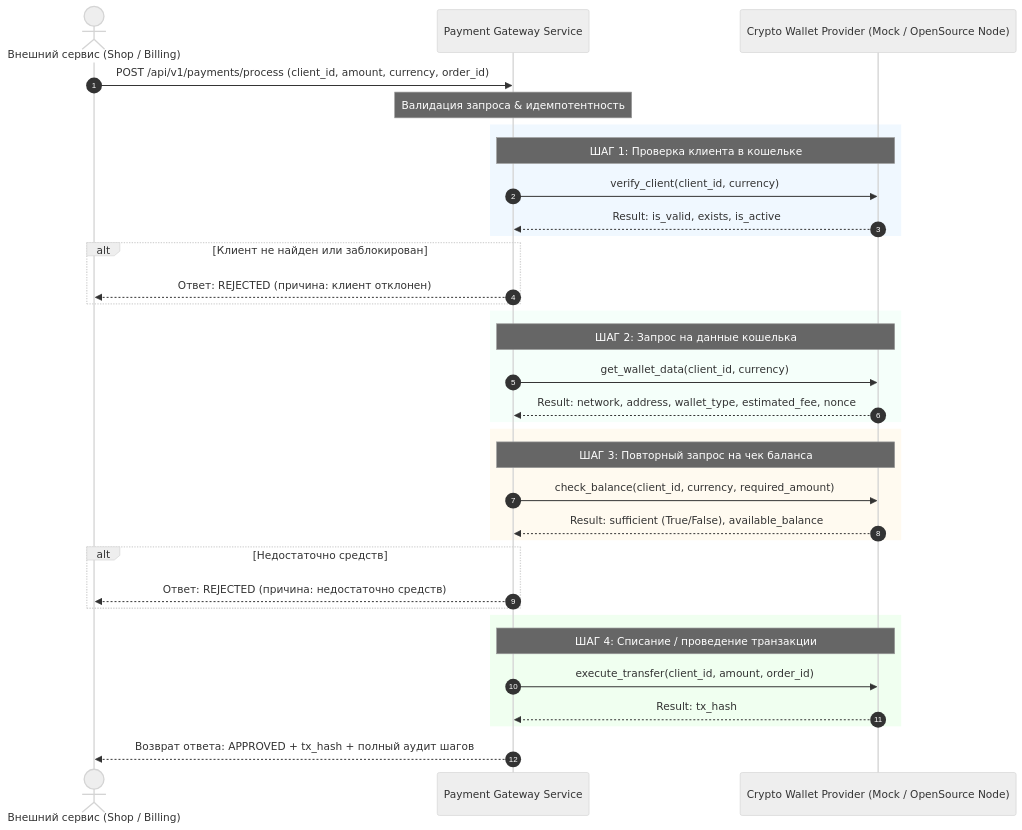
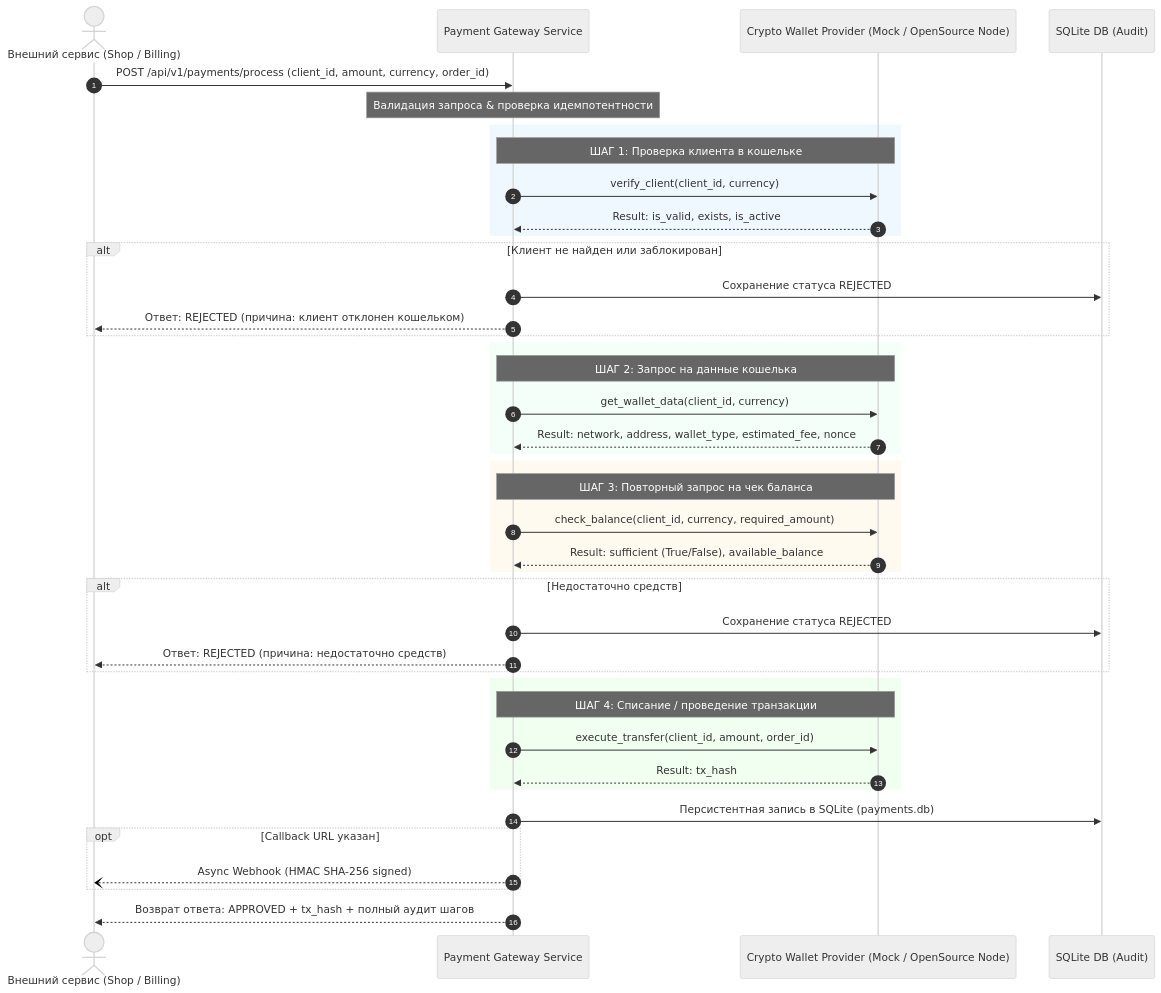
The diagram in README.md (naklida172/Adv_soft_mid), drawn with Mermaid (neutral theme) before and after one commit. The commit also changed other lines of this file and 4 other files, not shown here.

````diff
--- a/README.md
+++ b/README.md
@@ -11,44 +11,51 @@
 ```mermaid
 sequenceDiagram
     autonumber
     actor ExternalService as Внешний сервис (Shop / Billing)
     participant Gateway as Payment Gateway Service
     participant Wallet as Crypto Wallet Provider (Mock / OpenSource Node)
+    participant DB as SQLite DB (Audit)
 
     ExternalService->>Gateway: POST /api/v1/payments/process (client_id, amount, currency, order_id)
-    Note over Gateway: Валидация запроса & идемпотентность
+    Note over Gateway: Валидация запроса & проверка идемпотентности
     
     rect rgb(240, 248, 255)
         Note over Gateway,Wallet: ШАГ 1: Проверка клиента в кошельке
         Gateway->>Wallet: verify_client(client_id, currency)
         Wallet-->>Gateway: Result: is_valid, exists, is_active
     end
 
     alt Клиент не найден или заблокирован
-        Gateway-->>ExternalService: Ответ: REJECTED (причина: клиент отклонен)
+        Gateway->>DB: Сохранение статуса REJECTED
+        Gateway-->>ExternalService: Ответ: REJECTED (причина: клиент отклонен кошельком)
     end
 
     rect rgb(245, 255, 250)
         Note over Gateway,Wallet: ШАГ 2: Запрос на данные кошелька
         Gateway->>Wallet: get_wallet_data(client_id, currency)
         Wallet-->>Gateway: Result: network, address, wallet_type, estimated_fee, nonce
     end
 
     rect rgb(255, 250, 240)
         Note over Gateway,Wallet: ШАГ 3: Повторный запрос на чек баланса
         Gateway->>Wallet: check_balance(client_id, currency, required_amount)
         Wallet-->>Gateway: Result: sufficient (True/False), available_balance
     end
 
     alt Недостаточно средств
+        Gateway->>DB: Сохранение статуса REJECTED
         Gateway-->>ExternalService: Ответ: REJECTED (причина: недостаточно средств)
     end
 
     rect rgb(240, 255, 240)
         Note over Gateway,Wallet: ШАГ 4: Списание / проведение транзакции
         Gateway->>Wallet: execute_transfer(client_id, amount, order_id)
         Wallet-->>Gateway: Result: tx_hash
     end
 
+    Gateway->>DB: Персистентная запись в SQLite (payments.db)
+    opt Callback URL указан
+        Gateway--)ExternalService: Async Webhook (HMAC SHA-256 signed)
+    end
     Gateway-->>ExternalService: Возврат ответа: APPROVED + tx_hash + полный аудит шагов
 ```
````
